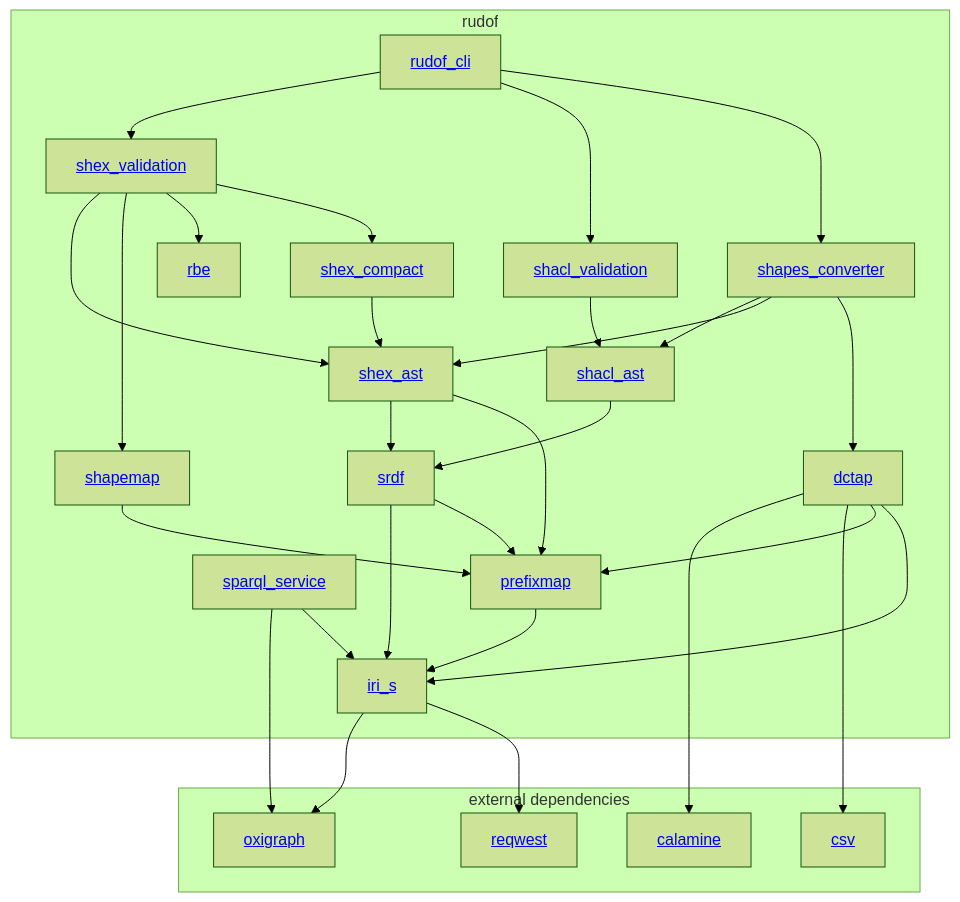
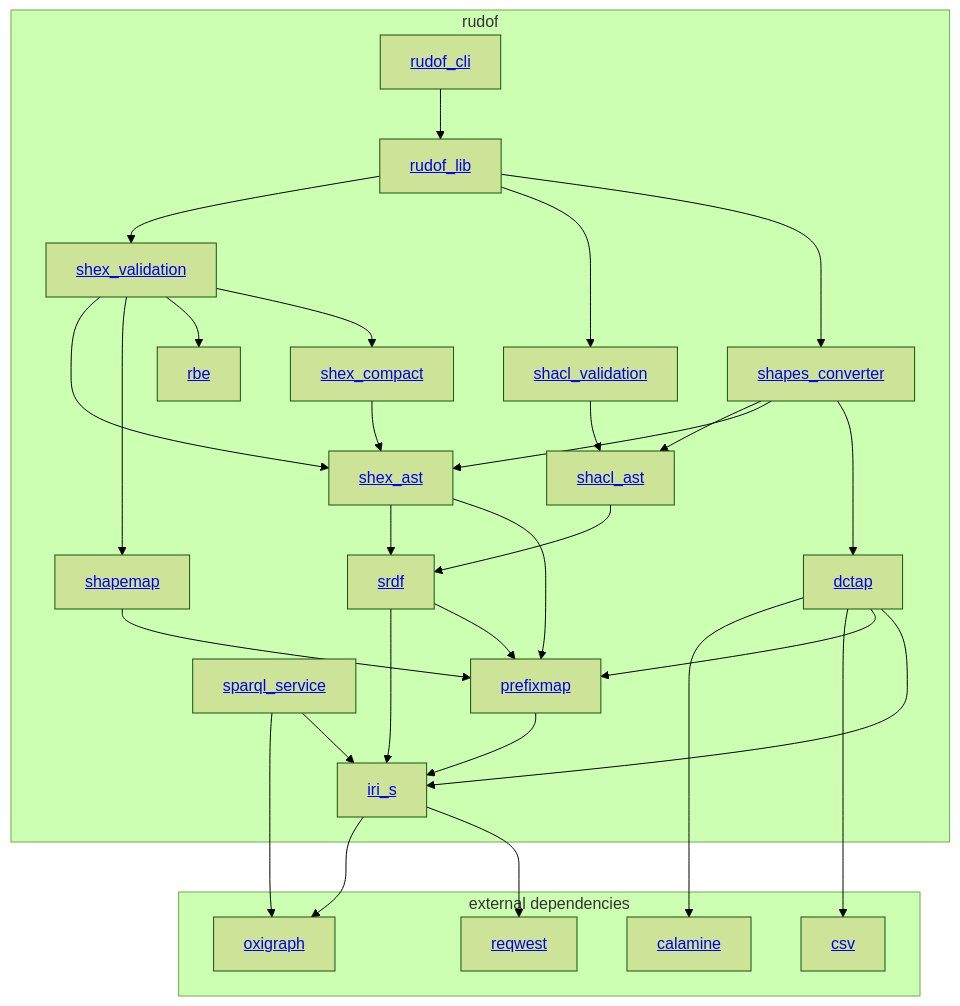
The diagram in docs/src/internals/architecture.md (rudof-project/rudof), drawn with Mermaid (forest theme) before and after one commit. The commit also changed 3 other files, not shown here.

````diff
--- a/docs/src/internals/architecture.md
+++ b/docs/src/internals/architecture.md
@@ -5,52 +5,55 @@
 ```mermaid
 graph TD;
  iri_s --> oxigraph;
  iri_s --> reqwest ;
  dctap --> calamine ;
  dctap --> csv ;
  sparql_service --> oxigraph ;
 subgraph rudof
+    rudof_lib[<a href='https://crates.io/crates/rudof_lib'>rudof_lib</a>];
     rudof_cli[<a href='https://crates.io/crates/rudof_cli'>rudof_cli</a>];
     shex_ast[<a href='https://crates.io/crates/shex_ast'>shex_ast</a>];
     srdf[<a href='https://crates.io/crates/srdf'>srdf</a>];
     shex_compact[<a href='https://crates.io/crates/shex_compact'>shex_compact</a>];
     shex_validation[<a href='https://crates.io/crates/shex_validation'>shex_validation</a>];
     shacl_validation[<a href='https://crates.io/crates/shacl_validation'>shacl_validation</a>];
     shacl_ast[<a href='https://crates.io/crates/shacl_ast'>shacl_ast</a>];
     iri_s[<a href='https://crates.io/crates/iri_s'>iri_s</a>];
     prefixmap[<a href='https://crates.io/crates/prefixmap'>prefixmap</a>];
     shapemap[<a href='https://crates.io/crates/shapemap'>shapemap</a>];
     rbe[<a href='https://crates.io/crates/rbe'>rbe</a>];
     shapes_converter[<a href='https://crates.io/crates/shapes_converter'>shapes_converter</a>];
  dctap[<a href='https://crates.io/crates/dctap'>dctap</a>];
  sparql_service[<a href='https://crates.io/crates/sparql_service'>sparql_service</a>];
+
+ rudof_cli --> rudof_lib ;
  shex_ast --> srdf ;
  shex_compact-->shex_ast;
  shex_validation-->shex_ast;
  srdf-->iri_s;
  shacl_ast-->srdf;
  shacl_validation-->shacl_ast;
  shex_validation-->shapemap;
  shapemap-->prefixmap;
  shex_ast-->prefixmap;
  srdf-->prefixmap;
  shex_validation-->rbe;
  dctap-->prefixmap;
  dctap --> iri_s;
  shapes_converter-->shacl_ast;
  shapes_converter-->shex_ast;
  shapes_converter-->dctap;
  prefixmap --> iri_s ;
  shex_validation --> shex_compact
  sparql_service --> iri_s ;
- rudof_cli --> shex_validation ;
- rudof_cli --> shacl_validation ;
- rudof_cli --> shapes_converter ;
+ rudof_lib --> shex_validation ;
+ rudof_lib --> shacl_validation ;
+ rudof_lib --> shapes_converter ;
 end
 subgraph external dependencies
  oxigraph[<a href='https://crates.io/crates/oxigraph'>oxigraph</a>] ;
  calamine[<a href='https://docs.rs/calamine/latest/calamine/'>calamine</a>] ;
  reqwest[<a href='https://docs.rs/reqwest/latest/reqwest/'>reqwest</a>] ;
  csv[<a href='https://docs.rs/csv/latest/csv/'>csv</a>] 
 end
 ```
````
